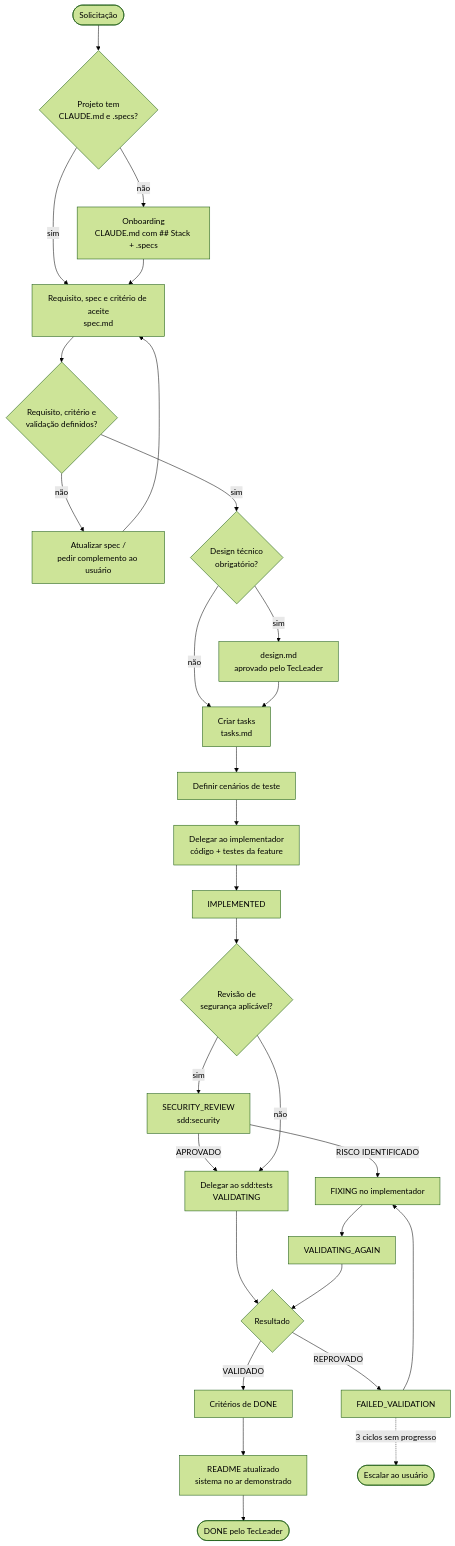
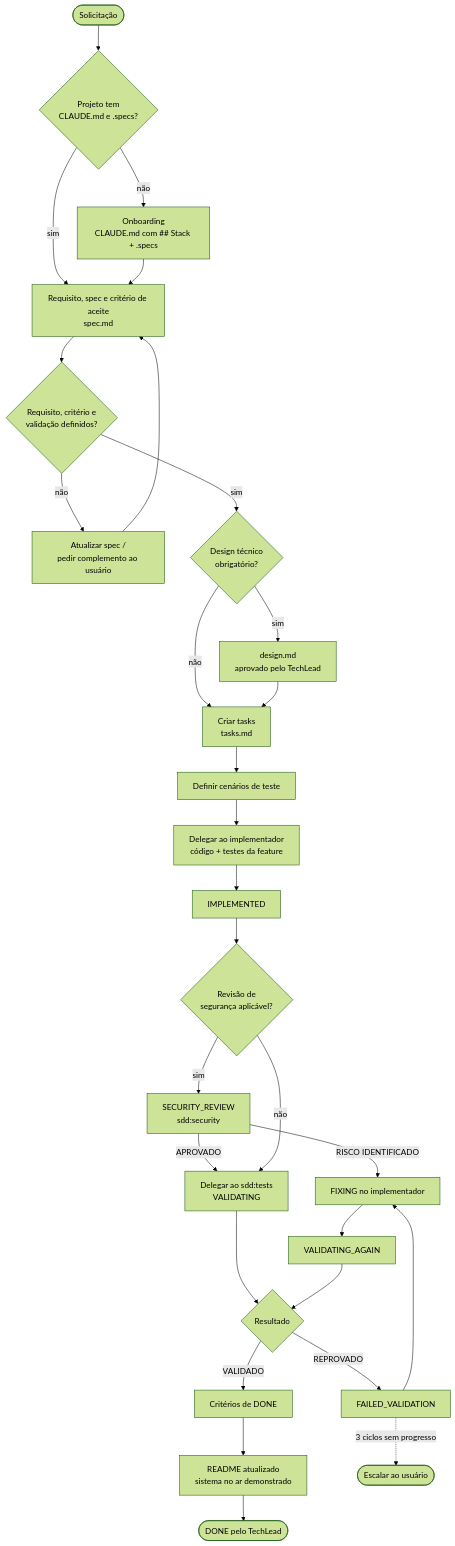
One commit to powerlok/claude-sdd-framework changed the third of 9 diagrams in docs/arquitetura.md. Above: the diagram before and after it, drawn with Mermaid (forest theme). The commit also changed other lines of this file and 37 other files, not shown here.

````diff
--- a/docs/arquitetura.md
+++ b/docs/arquitetura.md
@@ -132,31 +132,31 @@
 ```mermaid
 flowchart TD
     A([Solicitação]) --> B{Projeto tem<br/>CLAUDE.md e .specs?}
     B -- não --> C[Onboarding<br/>CLAUDE.md com ## Stack + .specs]
     B -- sim --> D
     C --> D[Requisito, spec e critério de aceite<br/>spec.md]
     D --> E{Requisito, critério e<br/>validação definidos?}
     E -- não --> F[Atualizar spec /<br/>pedir complemento ao usuário]
     F --> D
     E -- sim --> E2{Design técnico<br/>obrigatório?}
-    E2 -- sim --> E3[design.md<br/>aprovado pelo TecLeader]
+    E2 -- sim --> E3[design.md<br/>aprovado pelo TechLead]
     E2 -- não --> G
     E3 --> G[Criar tasks<br/>tasks.md]
     G --> H[Definir cenários de teste]
     H --> I[Delegar ao implementador<br/>código + testes da feature]
     I --> J[IMPLEMENTED]
     J --> J2{Revisão de<br/>segurança aplicável?}
     J2 -- sim --> J3[SECURITY_REVIEW<br/>sdd:security]
     J3 -- RISCO IDENTIFICADO --> N
     J3 -- APROVADO --> K
     J2 -- não --> K[Delegar ao sdd:tests<br/>VALIDATING]
     K --> L{Resultado}
     L -- REPROVADO --> M[FAILED_VALIDATION]
     M --> N[FIXING no implementador]
     N --> O[VALIDATING_AGAIN]
     O --> L
     L -- VALIDADO --> P[Critérios de DONE]
     P --> Q[README atualizado<br/>sistema no ar demonstrado]
-    Q --> R([DONE pelo TecLeader])
+    Q --> R([DONE pelo TechLead])
     M -. "3 ciclos sem progresso" .-> S([Escalar ao usuário])
 ```
````
